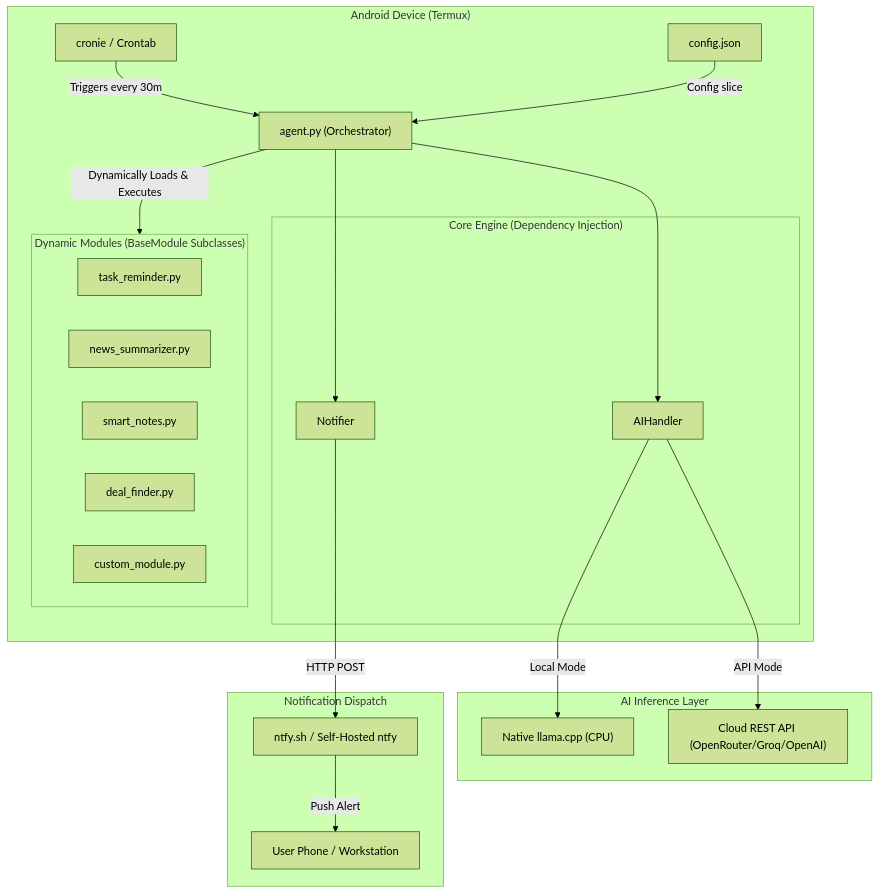
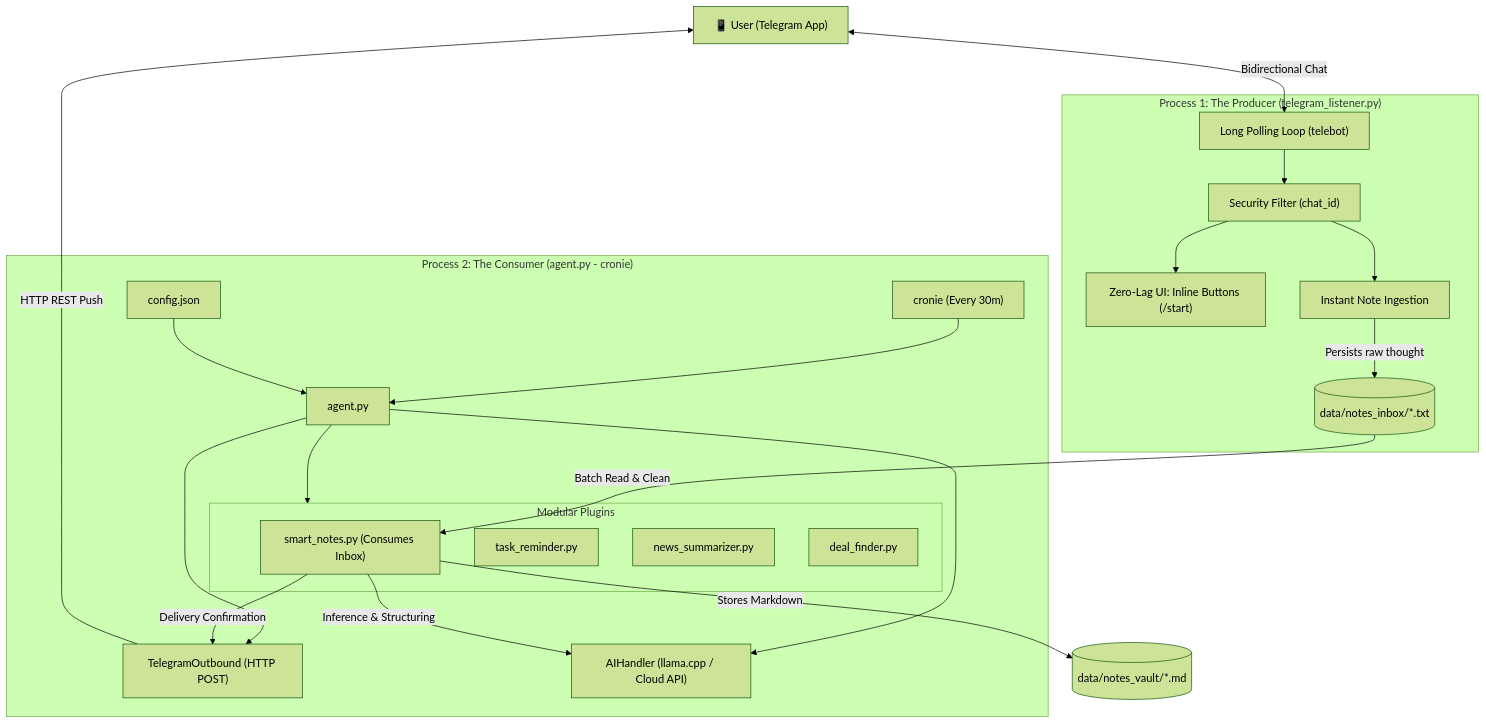
Before and after one commit to sergiomrtnez/r3scue-me: the first of 2 diagrams in README.md, drawn with Mermaid (forest theme). The commit also changed other lines of this file and 13 other files, not shown here.

First line of the commit message:
feat: migrate to dual-process Telegram architecture (producer-consumer) with interactive control center

````diff
--- a/README.md
+++ b/README.md
@@ -31,35 +34,42 @@
 ```mermaid
 flowchart TD
-    subgraph Host["Android Device (Termux)"]
-        CRON["cronie / Crontab"] -->|Triggers every 30m| AGENT["agent.py (Orchestrator)"]
-        CONFIG["config.json"] -->|Config slice| AGENT
+    USER["📱 User (Telegram App)"]
 
-        subgraph Core["Core Engine (Dependency Injection)"]
-            AIH["AIHandler"]
-            NOTIF["Notifier"]
+    subgraph Producer["Process 1: The Producer (telegram_listener.py)"]
+        POLL["Long Polling Loop (telebot)"]
+        AUTH["Security Filter (chat_id)"]
+        UI["Zero-Lag UI: Inline Buttons (/start)"]
+        SAVE["Instant Note Ingestion"]
+        INBOX[("data/notes_inbox/*.txt")]
+    end
+
+    USER <-->|Bidirectional Chat| POLL
+    POLL --> AUTH
+    AUTH --> UI
+    AUTH --> SAVE
+    SAVE -->|Persists raw thought| INBOX
+
+    subgraph Consumer["Process 2: The Consumer (agent.py - cronie)"]
+        CRON["cronie (Every 30m)"] --> AGENT["agent.py"]
+        CONFIG["config.json"] --> AGENT
+        OUTBOUND["TelegramOutbound (HTTP POST)"]
+        AI["AIHandler (llama.cpp / Cloud API)"]
+
+        subgraph Modules["Modular Plugins"]
+            M_NOTES["smart_notes.py (Consumes Inbox)"]
+            M_TASKS["task_reminder.py"]
+            M_NEWS["news_summarizer.py"]
+            M_DEALS["deal_finder.py"]
         end
 
-        AGENT --> AIH
-        AGENT --> NOTIF
-
-        subgraph Modules["Dynamic Modules (BaseModule Subclasses)"]
-            M1["task_reminder.py"]
-            M2["news_summarizer.py"]
-            M3["smart_notes.py"]
-            M4["deal_finder.py"]
-            MCUST["custom_module.py"]
-        end
-
-        AGENT -->|Dynamically Loads & Executes| Modules
+        AGENT --> AI
+        AGENT --> OUTBOUND
+        AGENT --> Modules
     end
 
-    subgraph Inference["AI Inference Layer"]
-        AIH -->|Local Mode| LLAMA["Native llama.cpp (CPU)"]
-        AIH -->|API Mode| CLOUD["Cloud REST API (OpenRouter/Groq/OpenAI)"]
-    end
-
-    subgraph Alerts["Notification Dispatch"]
-        NOTIF -->|HTTP POST| NTFY["ntfy.sh / Self-Hosted ntfy"]
-        NTFY -->|Push Alert| PHONE["User Phone / Workstation"]
-    end
+    INBOX -->|Batch Read & Clean| M_NOTES
+    M_NOTES -->|Inference & Structuring| AI
+    M_NOTES -->|Stores Markdown| VAULT[("data/notes_vault/*.md")]
+    M_NOTES -->|Delivery Confirmation| OUTBOUND
+    OUTBOUND -->|HTTP REST Push| USER
 ```
````
